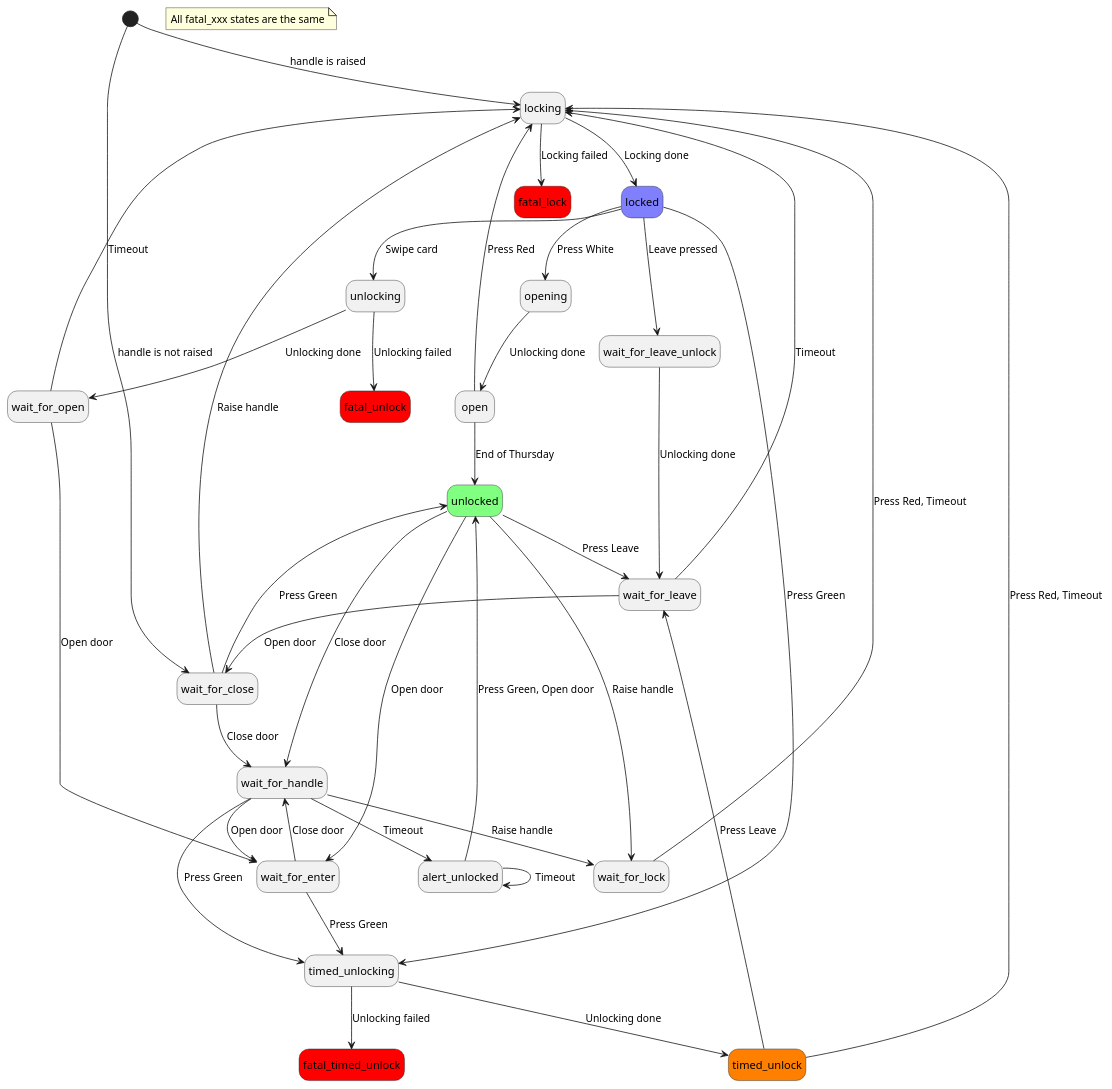
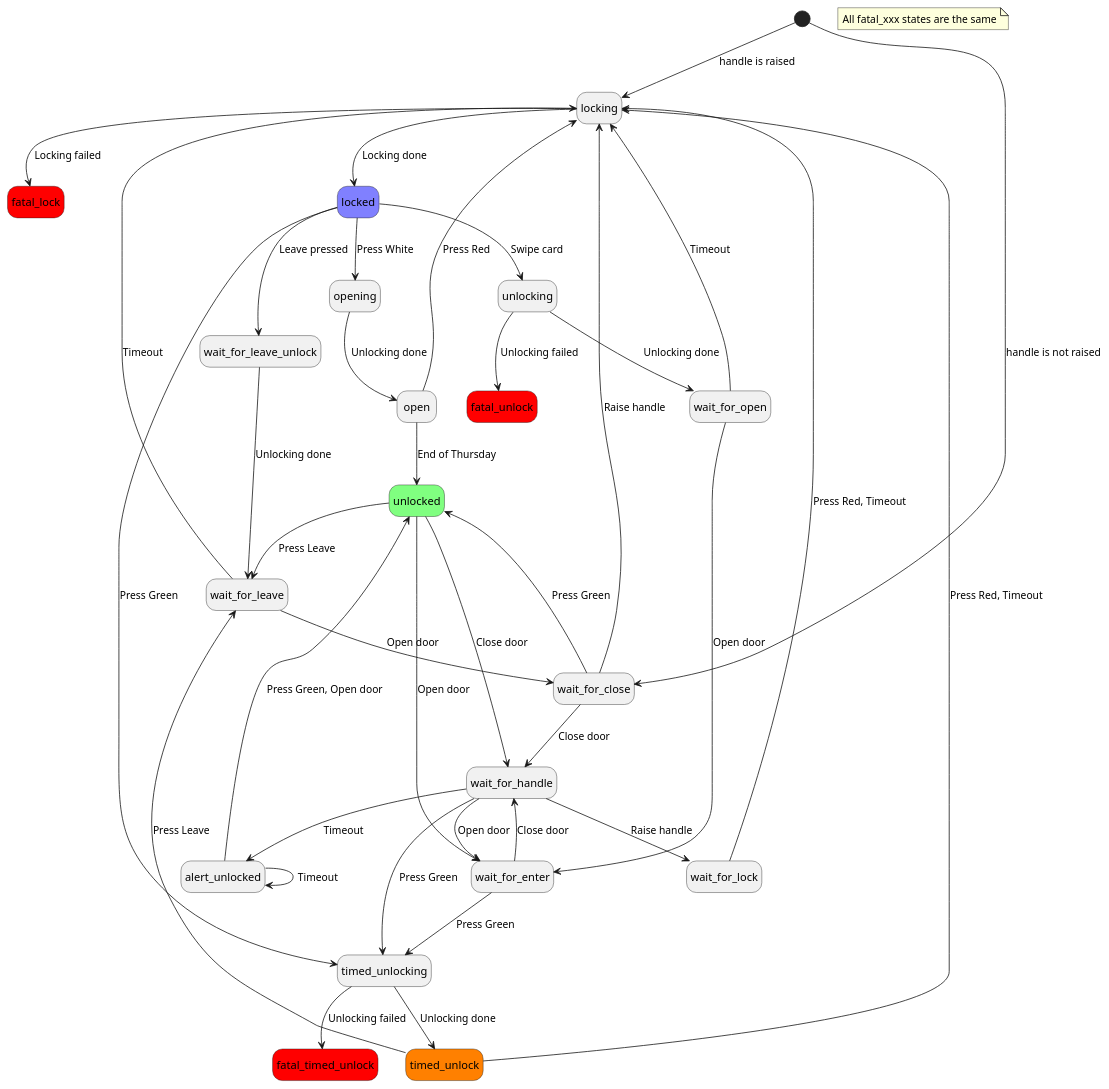
Before and after one commit to bullestock/acsv2: the diagram in ui/states.plantuml, drawn with PlantUML.

Commit message:
Remove wrong transition.

```diff
--- a/ui/states.plantuml
+++ b/ui/states.plantuml
@@ -1,52 +1,51 @@
 @startuml
 hide empty description
 
 state fatal_lock #ff0000
 state fatal_unlock #ff0000
 state fatal_timed_unlock #ff0000
 
 note "All fatal_xxx states are the same" as fatal_note
 
 state locked #8080ff
 state unlocked #80ff80
 state timed_unlock #ff8000
 
 [*] --> locking: handle is raised
 [*] --> wait_for_close: handle is not raised
 alert_unlocked --> alert_unlocked: Timeout
 alert_unlocked --> unlocked: Press Green, Open door
 locked --> opening: Press White
 locked --> timed_unlocking: Press Green
 locked --> unlocking: Swipe card
 locked --> wait_for_leave_unlock: Leave pressed
 locking --> fatal_lock: Locking failed
 locking --> locked: Locking done
 open --> locking: Press Red
 open --> unlocked: End of Thursday
 opening --> open: Unlocking done
 timed_unlock --> locking: Press Red, Timeout
 timed_unlock --> wait_for_leave: Press Leave
 timed_unlocking --> fatal_timed_unlock: Unlocking failed
 timed_unlocking --> timed_unlock: Unlocking done
 unlocked --> wait_for_enter: Open door
 unlocked --> wait_for_handle: Close door
 unlocked --> wait_for_leave: Press Leave
-unlocked --> wait_for_lock: Raise handle
 unlocking --> fatal_unlock: Unlocking failed
 unlocking --> wait_for_open: Unlocking done
 wait_for_close --> locking: Raise handle
 wait_for_close --> unlocked: Press Green
 wait_for_close --> wait_for_handle: Close door
 wait_for_enter --> timed_unlocking: Press Green
 wait_for_enter --> wait_for_handle: Close door
 wait_for_handle --> alert_unlocked: Timeout
 wait_for_handle --> timed_unlocking: Press Green
 wait_for_handle --> wait_for_enter: Open door
 wait_for_handle --> wait_for_lock: Raise handle
 wait_for_leave --> locking: Timeout
 wait_for_leave --> wait_for_close: Open door
 wait_for_leave_unlock --> wait_for_leave: Unlocking done
 wait_for_lock --> locking: Press Red, Timeout
 wait_for_open --> locking: Timeout
 wait_for_open --> wait_for_enter: Open door
 @enduml
```
